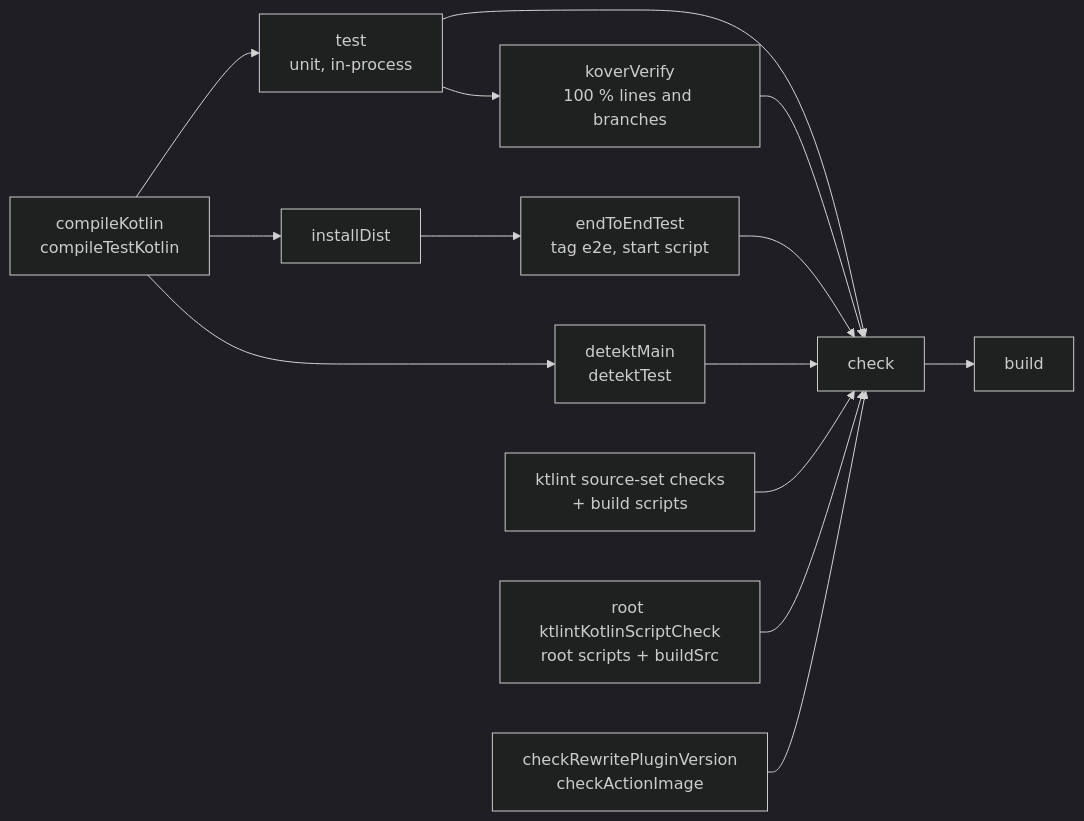
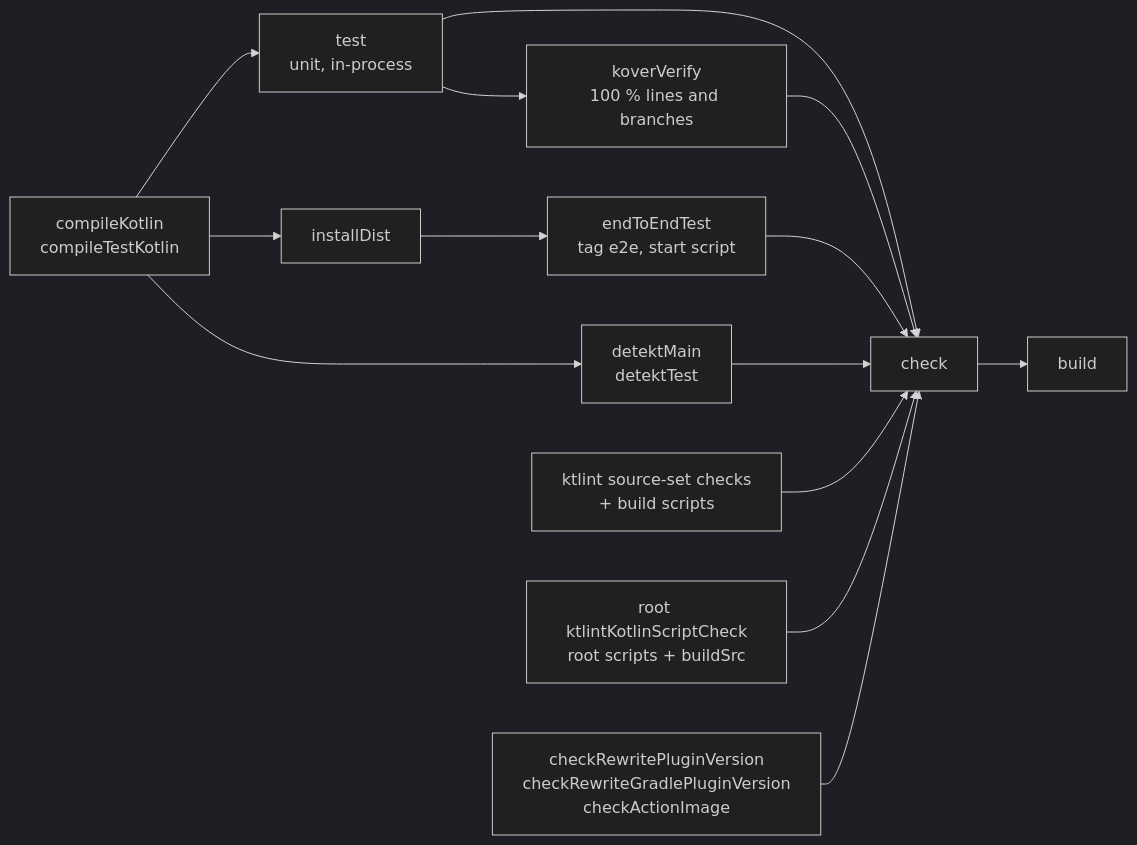
Before and after one commit to danvan86/lector-ai: the third of 6 diagrams in docs/architecture/project-skeleton.md, drawn with Mermaid (dark theme). The commit also changed other lines of this file and 7 other files, not shown here.

Commit message:
docs: document the Gradle adapter, and bring the architecture docs up to M7

````diff
--- a/docs/architecture/project-skeleton.md
+++ b/docs/architecture/project-skeleton.md
@@ -88,18 +89,18 @@
 ```mermaid
 flowchart LR
     compile["compileKotlin<br/>compileTestKotlin"] --> test["test<br/>unit, in-process"]
     test --> kover["koverVerify<br/>100 % lines and branches"]
     compile --> install["installDist"] --> e2e["endToEndTest<br/>tag e2e, start script"]
     compile --> detekt["detektMain<br/>detektTest"]
     ktlint["ktlint source-set checks<br/>+ build scripts"]
     rootKtlint["root ktlintKotlinScriptCheck<br/>root scripts + buildSrc"]
-    versions["checkRewritePluginVersion<br/>checkActionImage"]
+    versions["checkRewritePluginVersion<br/>checkRewriteGradlePluginVersion<br/>checkActionImage"]
     test --> check
     kover --> check
     e2e --> check
     detekt --> check
     ktlint --> check
     rootKtlint --> check
     versions --> check
     check --> build["build"]
 ```
````
